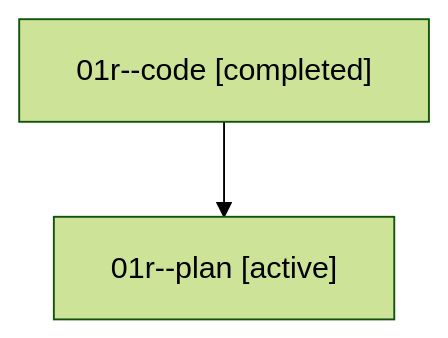
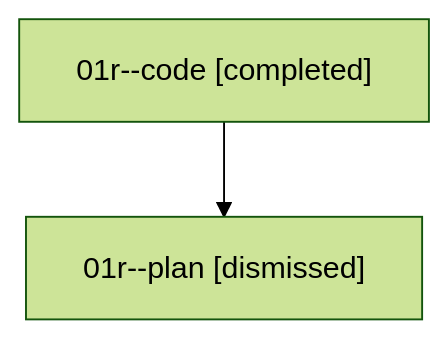
One commit to sase-org/sase--agents changed the diagram in sessions/bbugyi200.athena.01r.md. Above: the diagram before and after it, drawn with Mermaid (forest theme). The commit also changed other lines of this file and 24 other files, not shown here.

````diff
--- a/sessions/bbugyi200.athena.01r.md
+++ b/sessions/bbugyi200.athena.01r.md
@@ -9,6 +9,6 @@
 ```mermaid
 flowchart TD
   n0["01r--code [completed]"]
-  n1["01r--plan [active]"]
+  n1["01r--plan [dismissed]"]
   n0 --> n1
 ```
````
